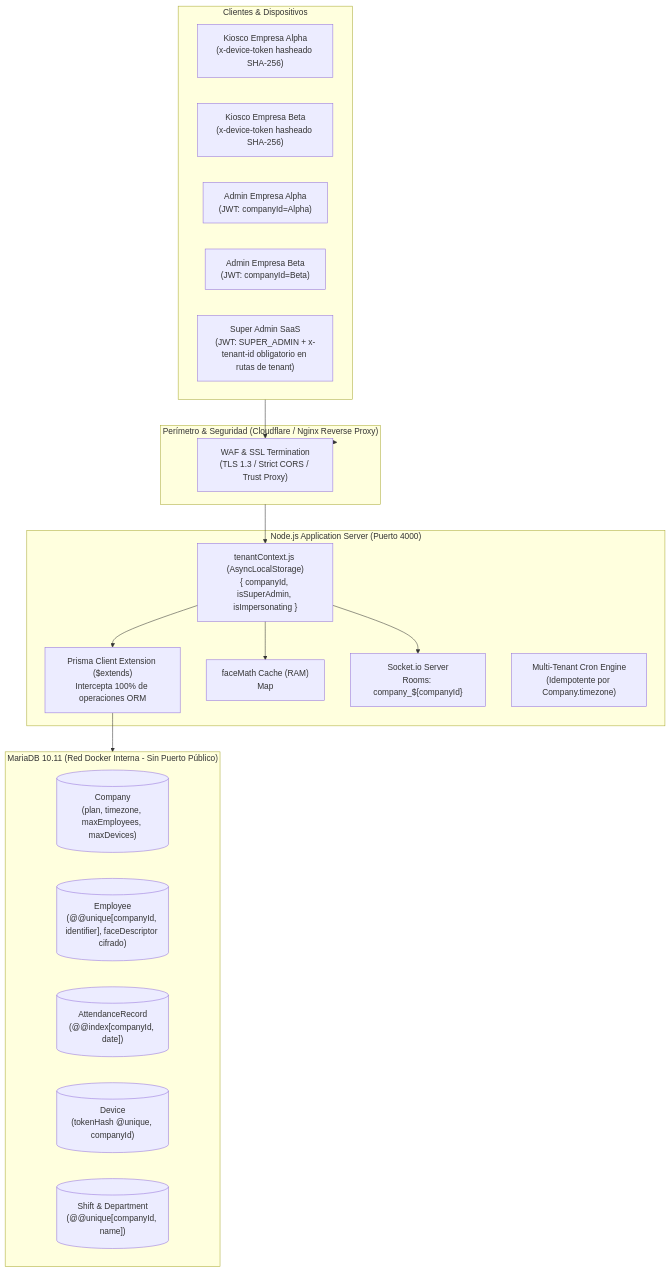
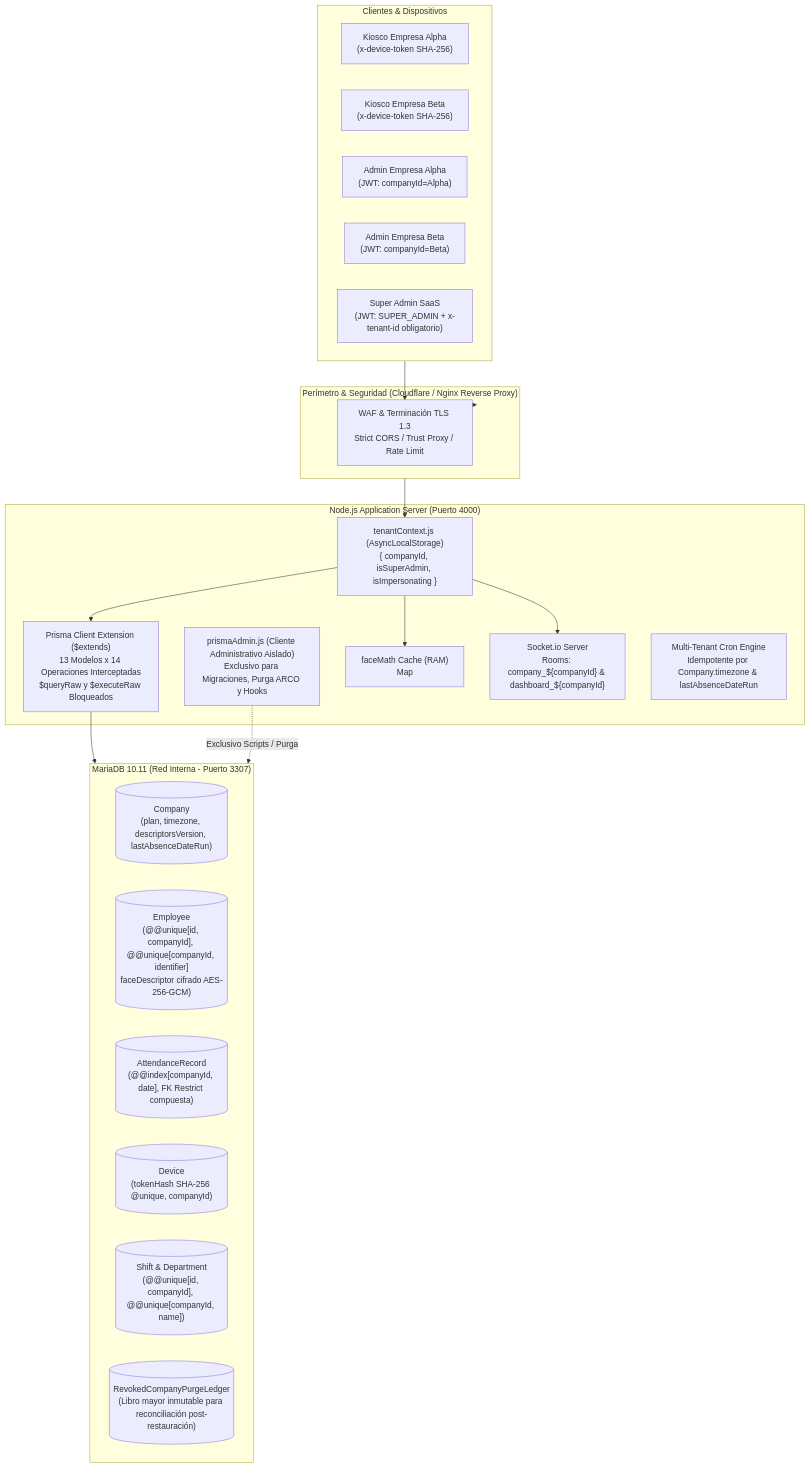
Before and after one commit to GabrielAvila5/ReconocimientoFPainProject: the second of 2 diagrams in docs/saas/saas_multitenant_implementation_plan.md, drawn with Mermaid. The commit also changed other lines of this file, not shown here.

Commit message:
docs(saas): update implementation plan to v3.0 with complete progress and detailed next steps

````diff
--- a/docs/saas/saas_multitenant_implementation_plan.md
+++ b/docs/saas/saas_multitenant_implementation_plan.md
@@ -14,35 +64,38 @@
 ```mermaid
 flowchart TB
-    subgraph Edge["Perímetro & Seguridad (Cloudflare / Nginx Reverse Proxy)"]
-        WAF["WAF & SSL Termination\n(TLS 1.3 / Strict CORS / Trust Proxy)"]
+    subgraph Perimetro["Perímetro & Seguridad (Cloudflare / Nginx Reverse Proxy)"]
+        WAF["WAF & Terminación TLS 1.3\nStrict CORS / Trust Proxy / Rate Limit"]
     end
 
     subgraph Clientes["Clientes & Dispositivos"]
-        K1["Kiosco Empresa Alpha\n(x-device-token hasheado SHA-256)"]
-        K2["Kiosco Empresa Beta\n(x-device-token hasheado SHA-256)"]
+        K1["Kiosco Empresa Alpha\n(x-device-token SHA-256)"]
+        K2["Kiosco Empresa Beta\n(x-device-token SHA-256)"]
         A1["Admin Empresa Alpha\n(JWT: companyId=Alpha)"]
         A2["Admin Empresa Beta\n(JWT: companyId=Beta)"]
-        SA["Super Admin SaaS\n(JWT: SUPER_ADMIN + x-tenant-id obligatorio en rutas de tenant)"]
+        SA["Super Admin SaaS\n(JWT: SUPER_ADMIN + x-tenant-id obligatorio)"]
     end
 
     subgraph AppServer["Node.js Application Server (Puerto 4000)"]
         ALS["tenantContext.js (AsyncLocalStorage)\n{ companyId, isSuperAdmin, isImpersonating }"]
-        PrismaExt["Prisma Client Extension ($extends)\nIntercepta 100% de operaciones ORM"]
+        PrismaExt["Prisma Client Extension ($extends)\n13 Modelos x 14 Operaciones Interceptadas\n$queryRaw y $executeRaw Bloqueados"]
+        PrismaAdmin["prismaAdmin.js (Cliente Administrativo Aislado)\nExclusivo para Migraciones, Purga ARCO y Hooks"]
         FaceRAM["faceMath Cache (RAM)\nMap<companyId, Float32Array[]>"]
-        WSEngine["Socket.io Server\nRooms: company_${companyId}"]
-        CronEngine["Multi-Tenant Cron Engine\n(Idempotente por Company.timezone)"]
+        WSEngine["Socket.io Server\nRooms: company_${companyId} & dashboard_${companyId}"]
+        CronEngine["Multi-Tenant Cron Engine\nIdempotente por Company.timezone & lastAbsenceDateRun"]
     end
 
-    subgraph DataStorage["MariaDB 10.11 (Red Docker Interna - Sin Puerto Público)"]
-        T_Company[("Company\n(plan, timezone, maxEmployees, maxDevices)")]
-        T_Emp[("Employee\n(@@unique[companyId, identifier], faceDescriptor cifrado)")]
-        T_Att[("AttendanceRecord\n(@@index[companyId, date])")]
-        T_Dev[("Device\n(tokenHash @unique, companyId)")]
-        T_Shifts[("Shift & Department\n(@@unique[companyId, name])")]
+    subgraph Storage["MariaDB 10.11 (Red Interna - Puerto 3307)"]
+        T_Company[("Company\n(plan, timezone, descriptorsVersion, lastAbsenceDateRun)")]
+        T_Emp[("Employee\n(@@unique[id, companyId], @@unique[companyId, identifier]\nfaceDescriptor cifrado AES-256-GCM)")]
+        T_Att[("AttendanceRecord\n(@@index[companyId, date], FK Restrict compuesta)")]
+        T_Dev[("Device\n(tokenHash SHA-256 @unique, companyId)")]
+        T_Shifts[("Shift & Department\n(@@unique[id, companyId], @@unique[companyId, name])")]
+        T_Ledger[("RevokedCompanyPurgeLedger\n(Libro mayor inmutable para reconciliación post-restauración)")]
     end
 
-    Clientes --> WAF --> Edge --> ALS
-    ALS --> PrismaExt --> DataStorage
+    Clientes --> WAF --> Perimetro --> ALS
+    ALS --> PrismaExt --> Storage
+    PrismaAdmin -.->|Exclusivo Scripts / Purga| Storage
     ALS --> FaceRAM
     ALS --> WSEngine
 ```
````
